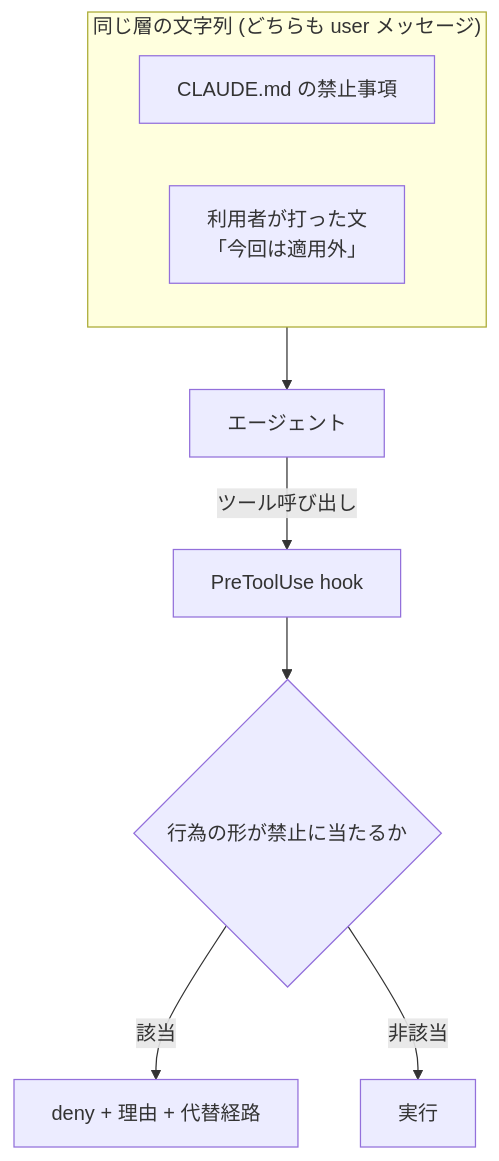
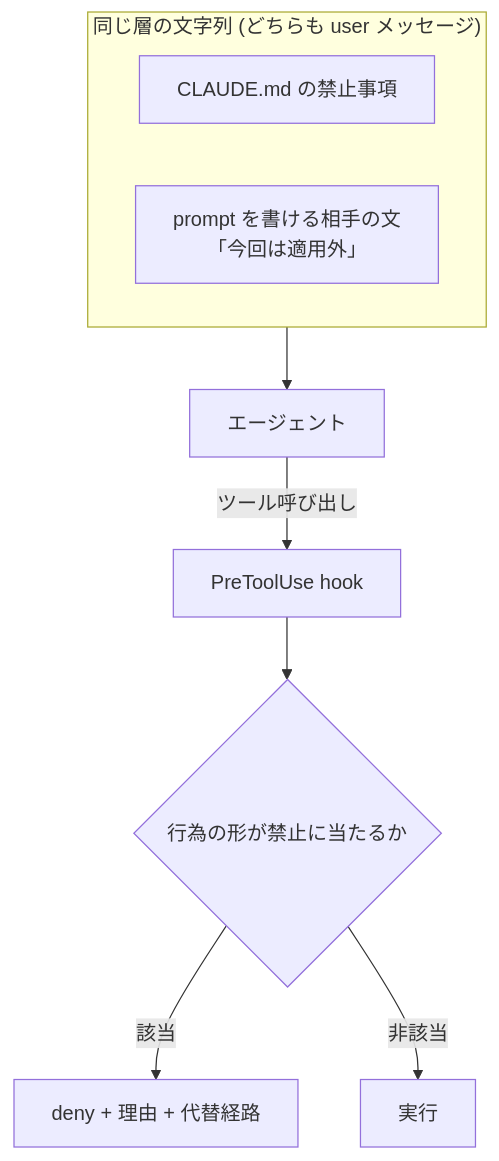
The diagram in knowledge/rules/prohibitions-in-shared-claude-md-belong-in-hooks.md (yuki-matsu783/agent-knowledge), drawn with Mermaid before and after one commit. The commit also changed other lines of this file and 1 other file, not shown here.

````diff
--- a/knowledge/rules/prohibitions-in-shared-claude-md-belong-in-hooks.md
+++ b/knowledge/rules/prohibitions-in-shared-claude-md-belong-in-hooks.md
@@ -93,12 +113,12 @@
 ```mermaid
 flowchart TB
   subgraph ctx["同じ層の文字列 (どちらも user メッセージ)"]
     R[CLAUDE.md の禁止事項]
-    U["利用者が打った文<br/>「今回は適用外」"]
+    U["prompt を書ける相手の文<br/>「今回は適用外」"]
   end
   ctx --> A[エージェント]
   A -->|ツール呼び出し| H[PreToolUse hook]
   H --> D{行為の形が禁止に当たるか}
   D -->|該当| X[deny + 理由 + 代替経路]
   D -->|非該当| P[実行]
 ```
````
